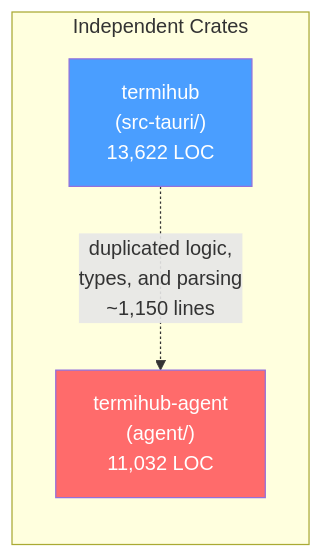
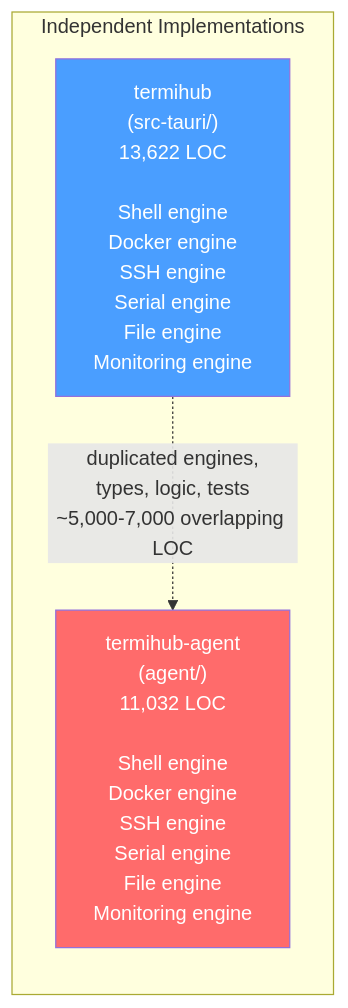
Before and after one commit to armaxri/termiHub: the third of 10 diagrams in docs/concepts/shared-rust-core.md, drawn with Mermaid. The commit also changed other lines of this file, not shown here.

First line of the commit message:
docs(concept): rewrite shared-rust-core as backend engine, not utility crate

````diff
--- a/docs/concepts/shared-rust-core.md
+++ b/docs/concepts/shared-rust-core.md
@@ -409,12 +849,12 @@
 ```mermaid
 graph LR
-    subgraph "Independent Crates"
-        A["termihub<br/>(src-tauri/)<br/>13,622 LOC"]
-        B["termihub-agent<br/>(agent/)<br/>11,032 LOC"]
+    subgraph "Independent Implementations"
+        A["termihub<br/>(src-tauri/)<br/>13,622 LOC<br/><br/>Shell engine<br/>Docker engine<br/>SSH engine<br/>Serial engine<br/>File engine<br/>Monitoring engine"]
+        B["termihub-agent<br/>(agent/)<br/>11,032 LOC<br/><br/>Shell engine<br/>Docker engine<br/>SSH engine<br/>Serial engine<br/>File engine<br/>Monitoring engine"]
     end
 
-    A -. "duplicated logic,<br/>types, and parsing<br/>~1,150 lines" .-> B
+    A -. "duplicated engines,<br/>types, logic, tests<br/>~5,000-7,000 overlapping LOC" .-> B
 
     style A fill:#4a9eff,color:#fff
     style B fill:#ff6b6b,color:#fff
 ```
````
